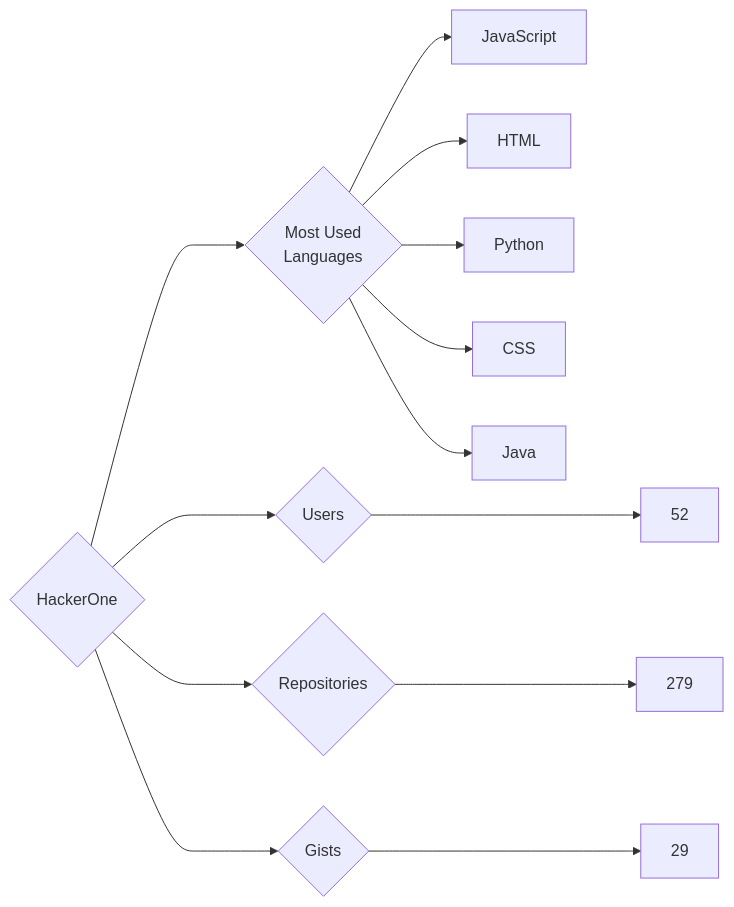
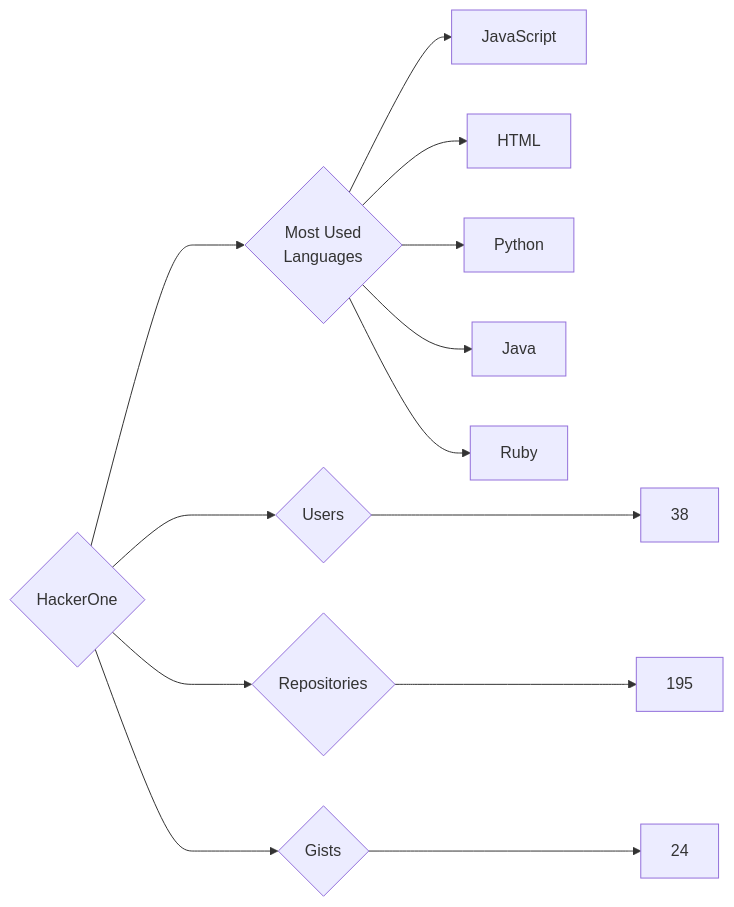
Before and after one commit to trickest/insiders: the diagram in targets/HackerOne/README.md, drawn with Mermaid. The commit also changed 900 other files, not shown here.

````diff
--- a/targets/HackerOne/README.md
+++ b/targets/HackerOne/README.md
@@ -3,13 +3,13 @@
 ```mermaid
 graph LR
 COMPANY_NAME{HackerOne}
-COMPANY_NAME ---> U{Users} ---> UN[52]
-COMPANY_NAME ---> R{Repositories} ---> RN[279]
-COMPANY_NAME ---> G{Gists} ---> GN[29]
+COMPANY_NAME ---> U{Users} ---> UN[38]
+COMPANY_NAME ---> R{Repositories} ---> RN[195]
+COMPANY_NAME ---> G{Gists} ---> GN[24]
 COMPANY_NAME ---> ML{Most Used<br>Languages}
 ML --> JavaScript[JavaScript]
 ML --> HTML[HTML]
 ML --> Python[Python]
-ML --> CSS[CSS]
 ML --> Java[Java]
+ML --> Ruby[Ruby]
 ```
````
